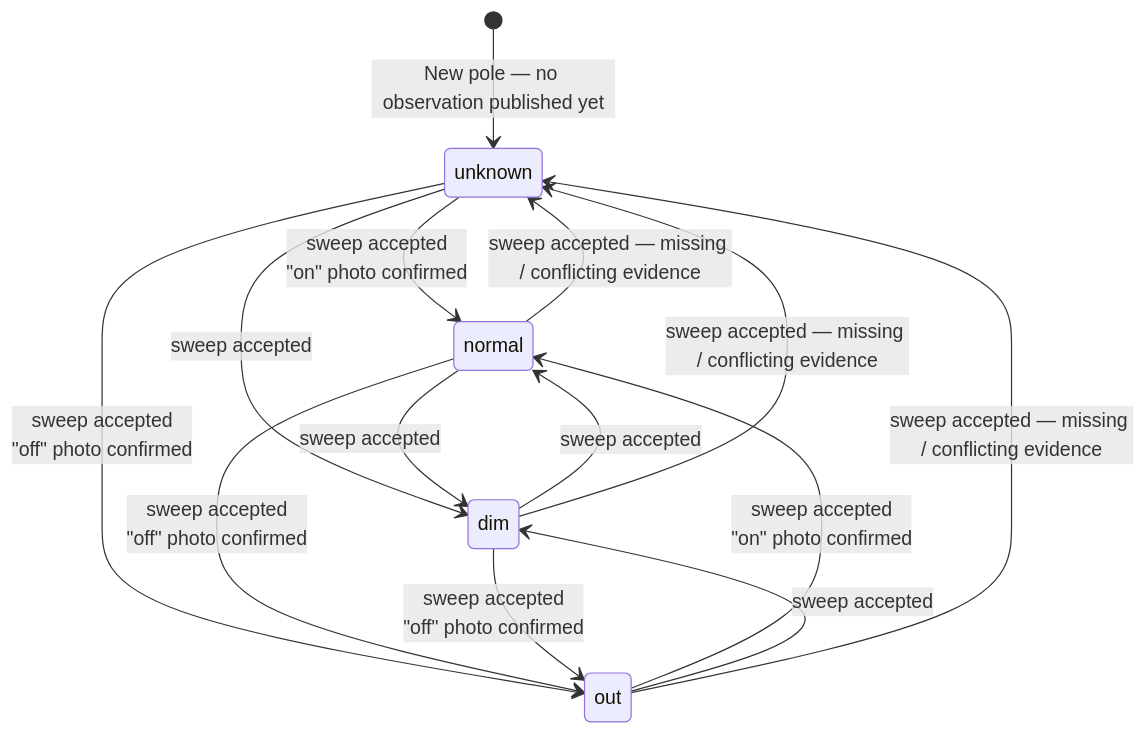
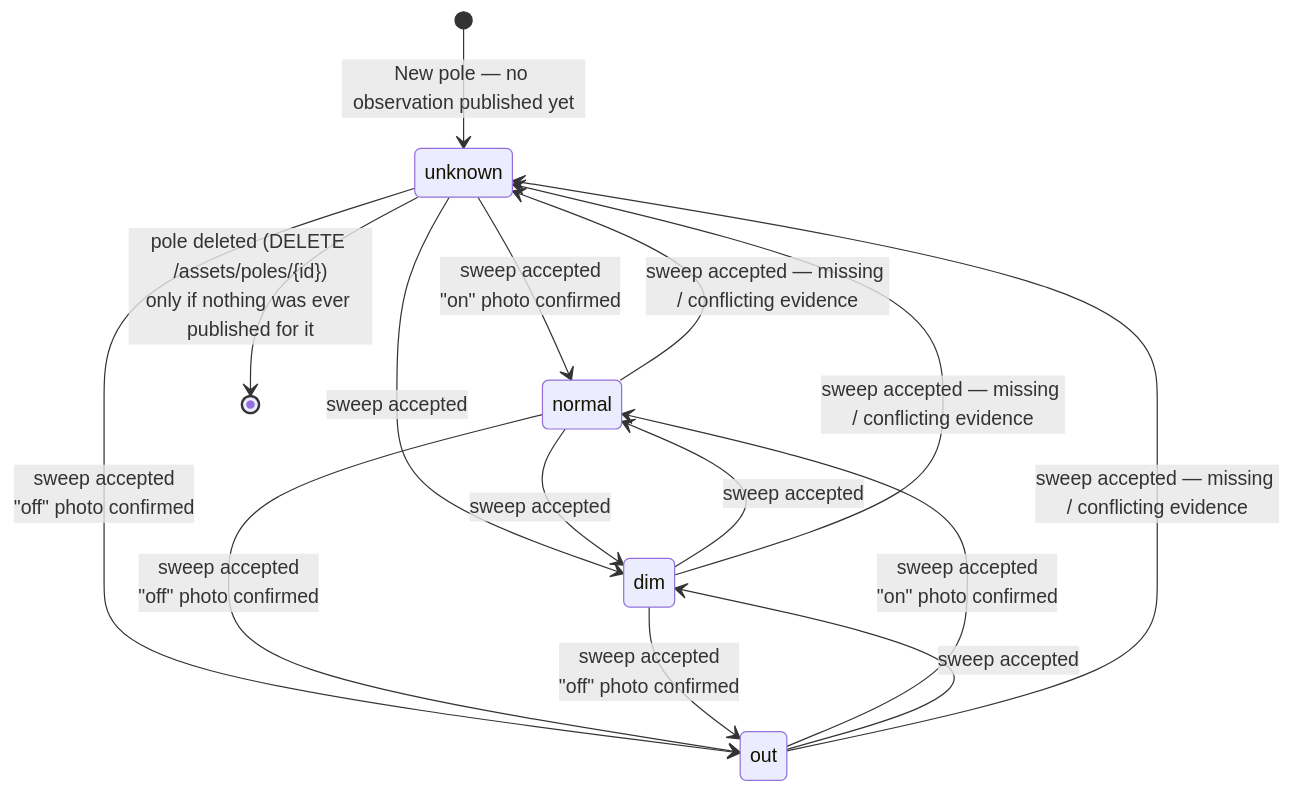
One commit to LuxMapLabs/luxmap_backend changed the tenth of 14 diagrams in docs/state-machines.md. Above: the diagram before and after it, drawn with Mermaid. The commit also changed other lines of this file and 1 other file, not shown here.

First line of the commit message:
docs(state-machines): start and end markers where a diagram lacked them

````diff
--- a/docs/state-machines.md
+++ b/docs/state-machines.md
@@ -362,16 +368,17 @@
 ```mermaid
 stateDiagram-v2
     [*] --> unknown : New pole — no observation published yet
     unknown --> normal : sweep accepted<br/>"on" photo confirmed
     unknown --> dim : sweep accepted
     unknown --> out : sweep accepted<br/>"off" photo confirmed
     normal --> dim : sweep accepted
     dim --> normal : sweep accepted
     normal --> out : sweep accepted<br/>"off" photo confirmed
     out --> normal : sweep accepted<br/>"on" photo confirmed
     dim --> out : sweep accepted<br/>"off" photo confirmed
     out --> dim : sweep accepted
     normal --> unknown : sweep accepted — missing / conflicting evidence
     dim --> unknown : sweep accepted — missing / conflicting evidence
     out --> unknown : sweep accepted — missing / conflicting evidence
+    unknown --> [*] : pole deleted (DELETE /assets/poles/{id})<br/>only if nothing was ever published for it
 ```
````
